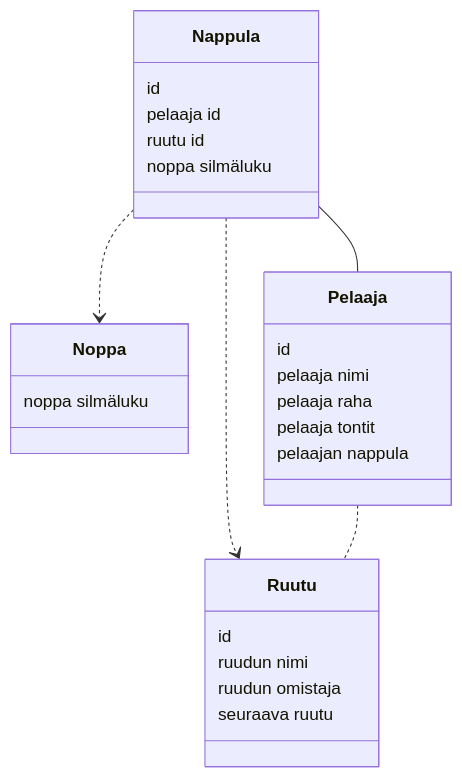
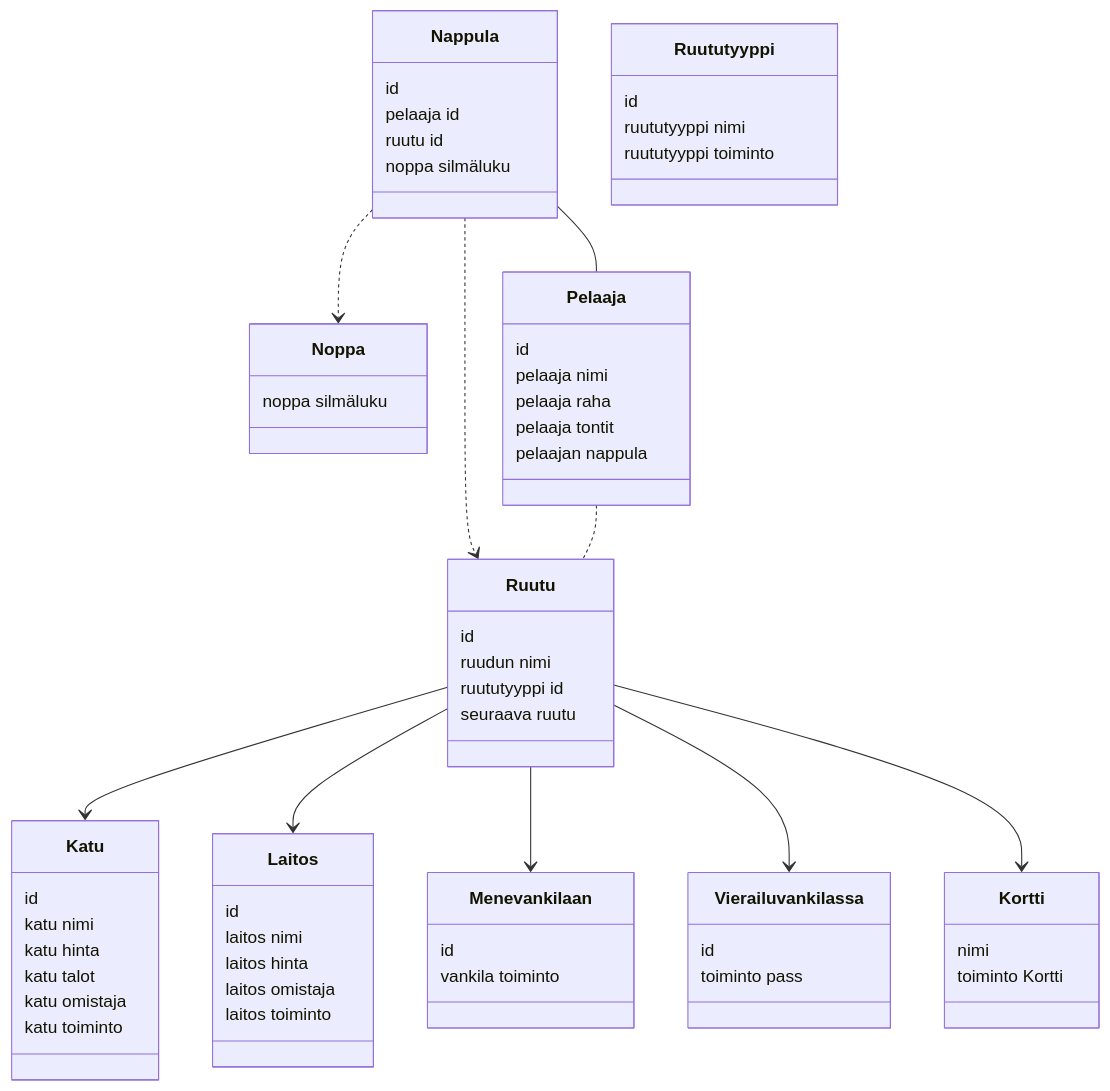
One commit to asomaki/ot-harjoitustyo changed the diagram in laskarit/viikko3/monopoli.md. Above: the diagram before and after it, drawn with Mermaid.

Commit message:
monopolin luokat

````diff
--- a/laskarit/viikko3/monopoli.md
+++ b/laskarit/viikko3/monopoli.md
@@ -2,31 +2,76 @@
 ```mermaid
 classDiagram
         Nappula ..> Ruutu
         Nappula ..> Noppa
         Nappula -- Pelaaja
         Pelaaja .. Ruutu
+	Ruutu --> Katu
+	Ruutu --> Laitos
+	Ruutu --> Mene vankilaan
+	Ruutu --> Vierailu vankilassa
+	Ruutu --> Kortti
 
-        
+
         class Nappula{
             id
             pelaaja id
             ruutu id
             noppa silmäluku
         }
+
         class Ruutu{
             id
             ruudun nimi
-            ruudun omistaja
+	    ruututyyppi id
             seuraava ruutu
         }
-        class Noppa{
+
+        class Ruututyyppi{
+	    id
+	    ruututyyppi nimi
+	    ruututyyppi toiminto
+	}
+
+	class Katu{
+	    id
+	    katu nimi
+	    katu hinta
+	    katu talot
+	    katu omistaja
+	    katu toiminto
+        }
+
+	class Mene vankilaan{
+	    id
+	    vankila toiminto
+	}
+
+	class Vierailu vankilassa{
+	    id
+	    toiminto pass
+	}
+
+	class Laitos{
+	    id
+	    laitos nimi
+	    laitos hinta
+	    laitos omistaja
+	    laitos toiminto
+        }
+	
+	class Kortti{
+	    nimi
+	    toiminto Kortti
+	}
+
+	class Noppa{
             noppa silmäluku
         }
         class Pelaaja{
             id
             pelaaja nimi
             pelaaja raha
             pelaaja tontit
             pelaajan nappula    
         }
 ```
````
